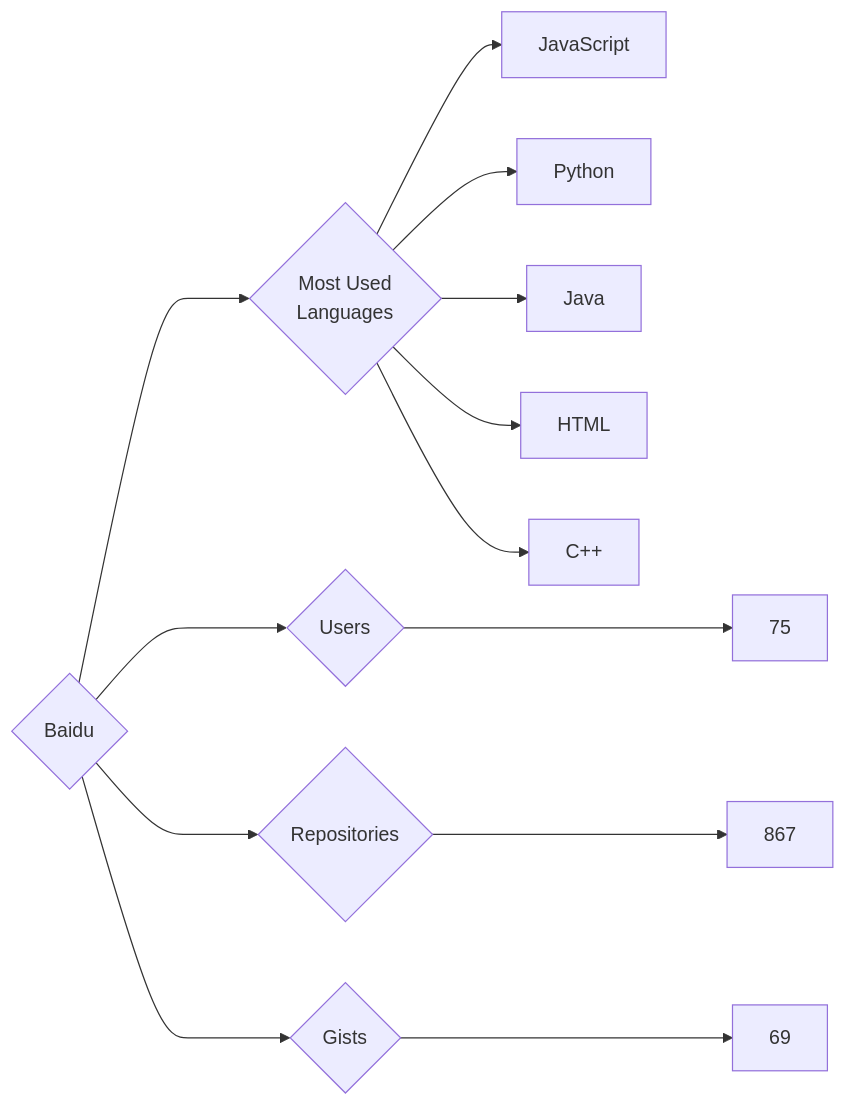
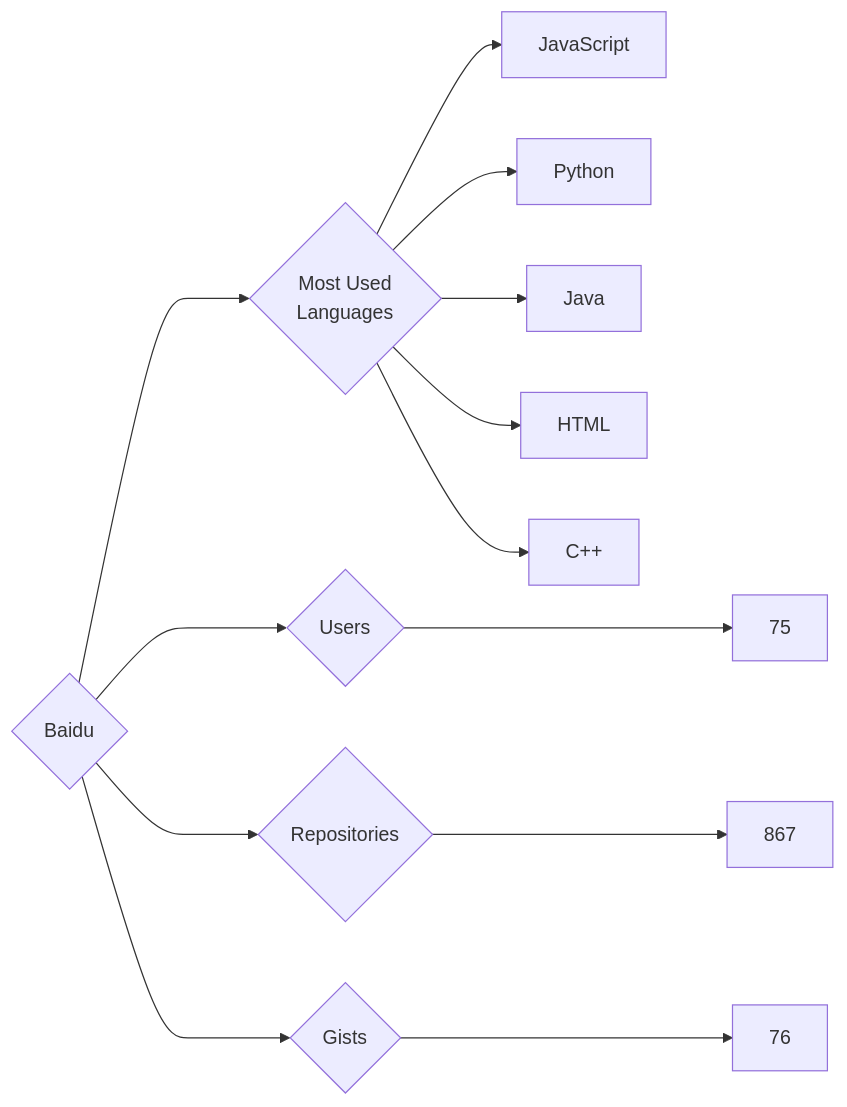
The diagram in targets/Baidu/README.md (trickest/insiders), drawn with Mermaid before and after one commit. The commit also changed 912 other files, not shown here.

````diff
--- a/targets/Baidu/README.md
+++ b/targets/Baidu/README.md
@@ -3,13 +3,13 @@
 ```mermaid
 graph LR
 COMPANY_NAME{Baidu}
 COMPANY_NAME ---> U{Users} ---> UN[75]
 COMPANY_NAME ---> R{Repositories} ---> RN[867]
-COMPANY_NAME ---> G{Gists} ---> GN[69]
+COMPANY_NAME ---> G{Gists} ---> GN[76]
 COMPANY_NAME ---> ML{Most Used<br>Languages}
 ML --> JavaScript[JavaScript]
 ML --> Python[Python]
 ML --> Java[Java]
 ML --> HTML[HTML]
 ML --> C++[C++]
 ```
````
